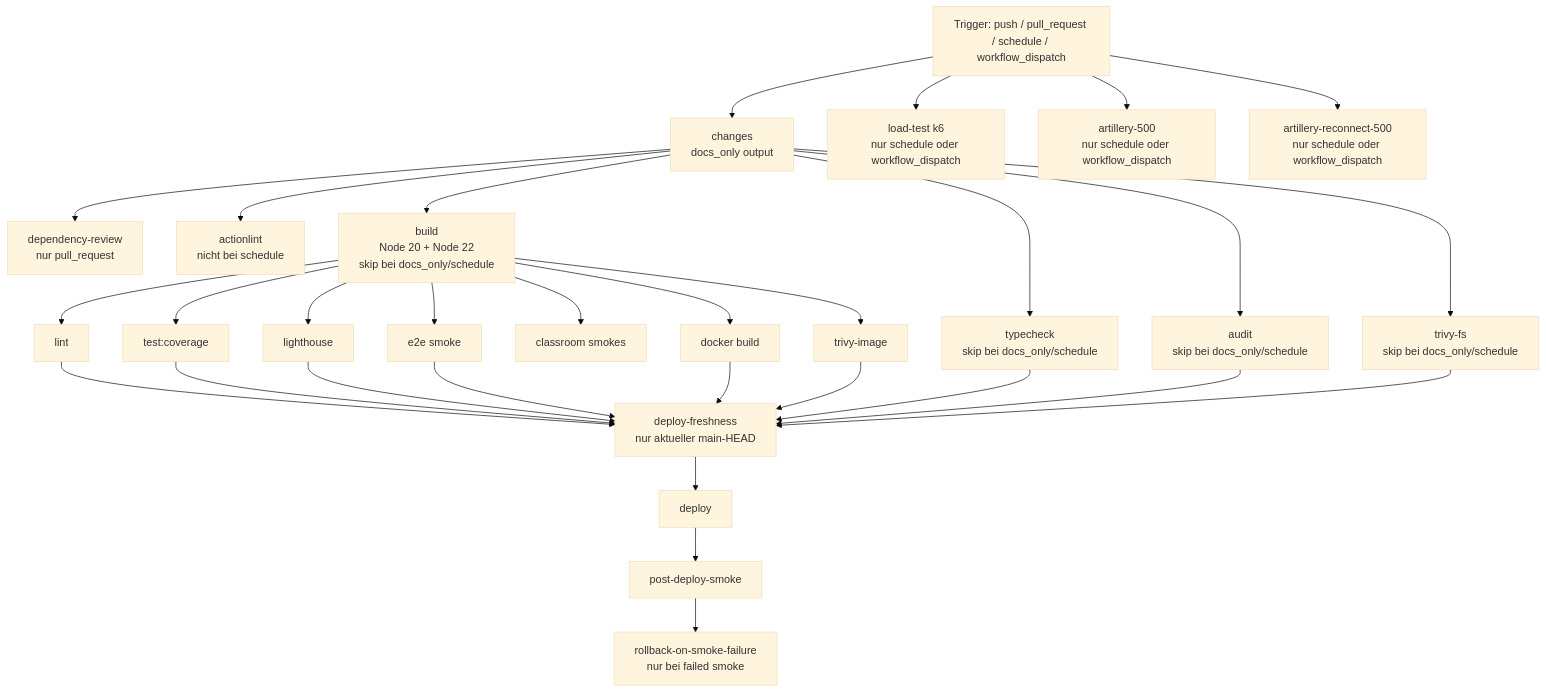
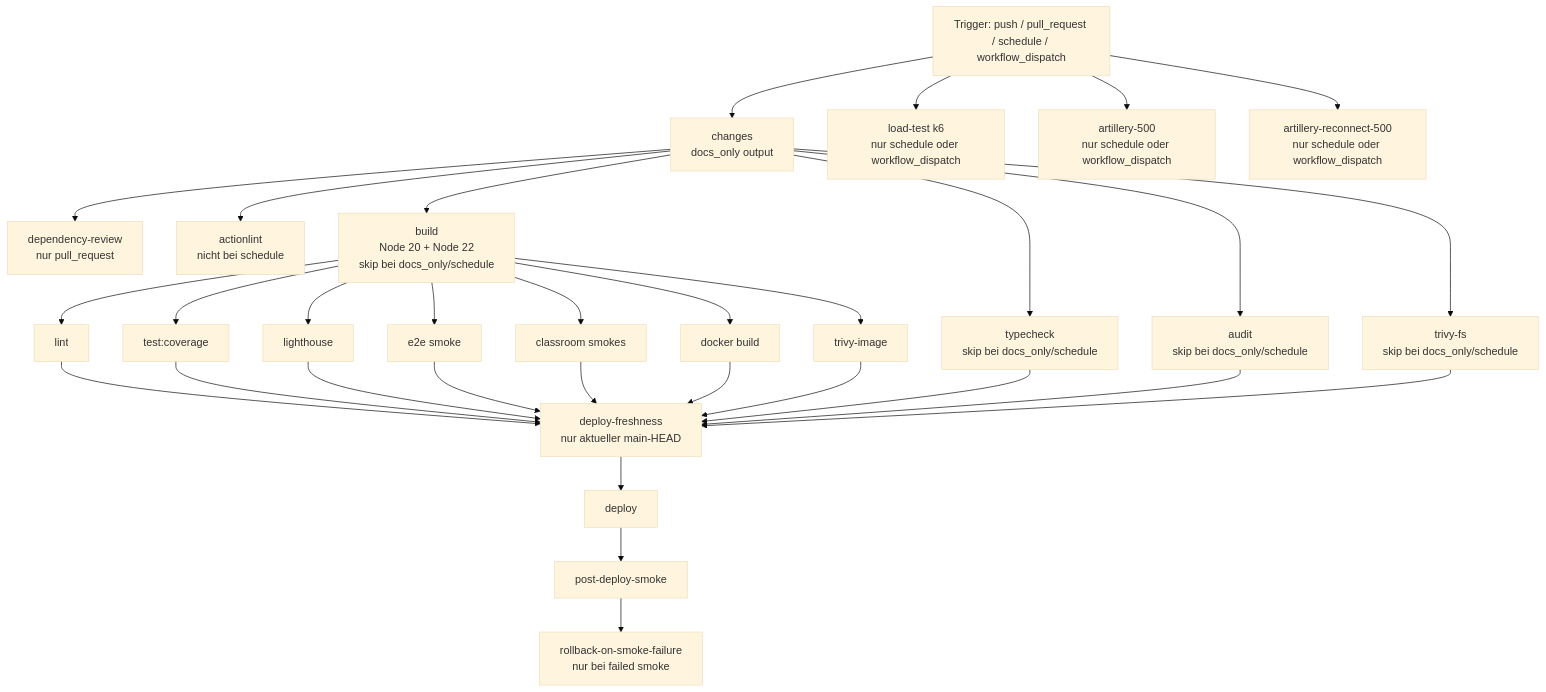
Before and after one commit to kqc-real/arsnova.eu: the diagram in docs/CI-WORKFLOW.md, drawn with Mermaid (base theme). The commit also changed other lines of this file and 26 other files, not shown here.

````diff
--- a/docs/CI-WORKFLOW.md
+++ b/docs/CI-WORKFLOW.md
@@ -63,39 +63,40 @@
 ```mermaid
 flowchart TD
   A[Trigger: push / pull_request / schedule / workflow_dispatch]
   A --> Z[changes<br/>docs_only output]
 
   Z --> B[dependency-review<br/>nur pull_request]
   Z --> C[actionlint<br/>nicht bei schedule]
   Z --> D[build<br/>Node 20 + Node 22<br/>skip bei docs_only/schedule]
   Z --> E[typecheck<br/>skip bei docs_only/schedule]
   Z --> F[audit<br/>skip bei docs_only/schedule]
   Z --> G[trivy-fs<br/>skip bei docs_only/schedule]
 
   D --> H[lint]
   D --> I[test:coverage]
   D --> J[lighthouse]
   D --> K[e2e smoke]
   D --> K2[classroom smokes]
   D --> L[docker build]
   D --> M[trivy-image]
 
   H --> Q[deploy-freshness<br/>nur aktueller main-HEAD]
   I --> Q
   J --> Q
   K --> Q
+  K2 --> Q
   L --> Q
   E --> Q
   F --> Q
   G --> Q
   M --> Q
 
   Q --> N[deploy]
 
   N --> O[post-deploy-smoke]
   O --> P[rollback-on-smoke-failure<br/>nur bei failed smoke]
 
   A --> R[load-test k6<br/>nur schedule oder workflow_dispatch]
   A --> R2[artillery-500<br/>nur schedule oder workflow_dispatch]
   A --> R2a[artillery-reconnect-500<br/>nur schedule oder workflow_dispatch]
 ```
````
